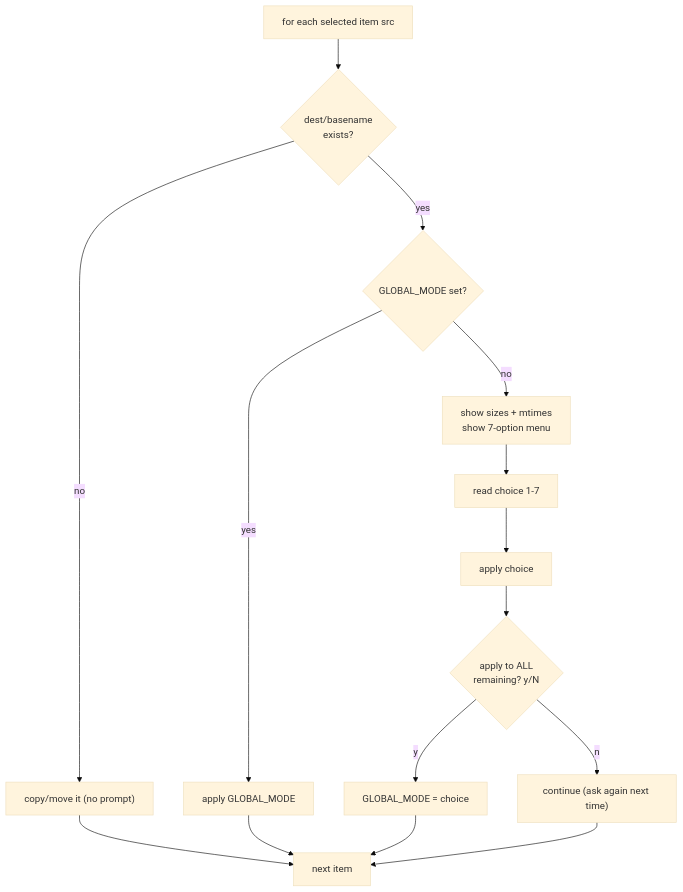
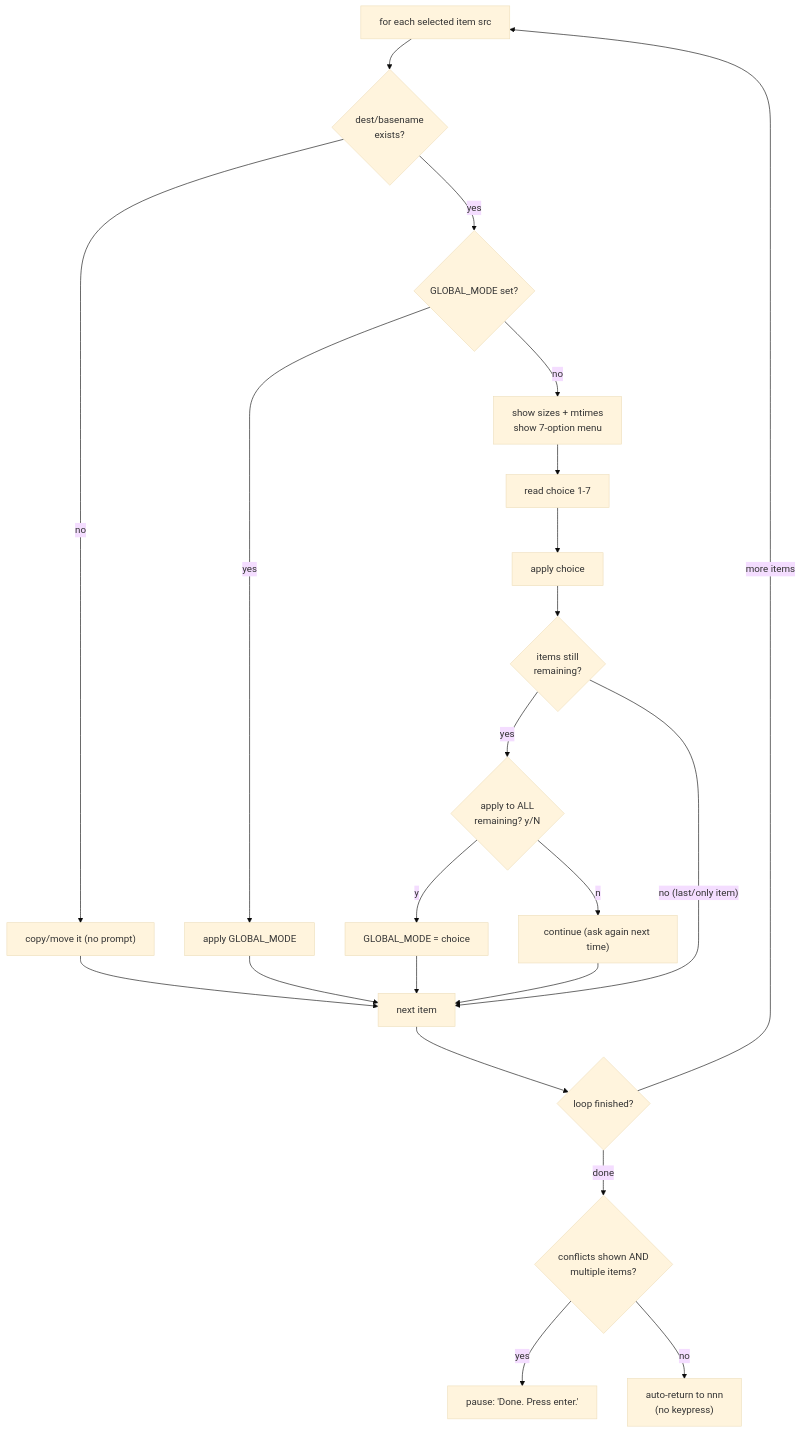
Diagram 21 of 24 in docs/Brainstorm_nnn_Update.md (techcaotri/nnn), drawn with Mermaid (base theme) before and after one commit. The commit also changed other lines of this file and 1 other file, not shown here.

First line of the commit message:
fix(cpmv): auto-return to nnn and skip apply-to-all for single/no-conflict ops

````diff
--- a/docs/Brainstorm_nnn_Update.md
+++ b/docs/Brainstorm_nnn_Update.md
@@ -1646,18 +1646,25 @@
 ```mermaid
 %% Per-item loop with apply-to-all short-circuit
 flowchart TD
     Start["for each selected item src"] --> Tgt{"dest/basename<br/>exists?"}
     Tgt -->|"no"| Just["copy/move it (no prompt)"]
     Tgt -->|"yes"| Glob{"GLOBAL_MODE set?"}
     Glob -->|"yes"| Apply["apply GLOBAL_MODE"]
     Glob -->|"no"| Show["show sizes + mtimes<br/>show 7-option menu"]
     Show --> Read["read choice 1-7"]
     Read --> Do["apply choice"]
-    Do --> AskAll{"apply to ALL<br/>remaining? y/N"}
+    Do --> Rem{"items still<br/>remaining?"}
+    Rem -->|"yes"| AskAll{"apply to ALL<br/>remaining? y/N"}
+    Rem -->|"no (last/only item)"| Next2
     AskAll -->|"y"| SetG["GLOBAL_MODE = choice"]
     AskAll -->|"n"| Next1["continue (ask again next time)"]
     Apply --> Next2["next item"]
     Just --> Next2
     SetG --> Next2
     Next1 --> Next2
+    Next2 --> Done{"loop finished?"}
+    Done -->|"more items"| Start
+    Done -->|"done"| Exit{"conflicts shown AND<br/>multiple items?"}
+    Exit -->|"yes"| Pause["pause: 'Done. Press enter.'"]
+    Exit -->|"no"| Auto["auto-return to nnn<br/>(no keypress)"]
 ```
````
